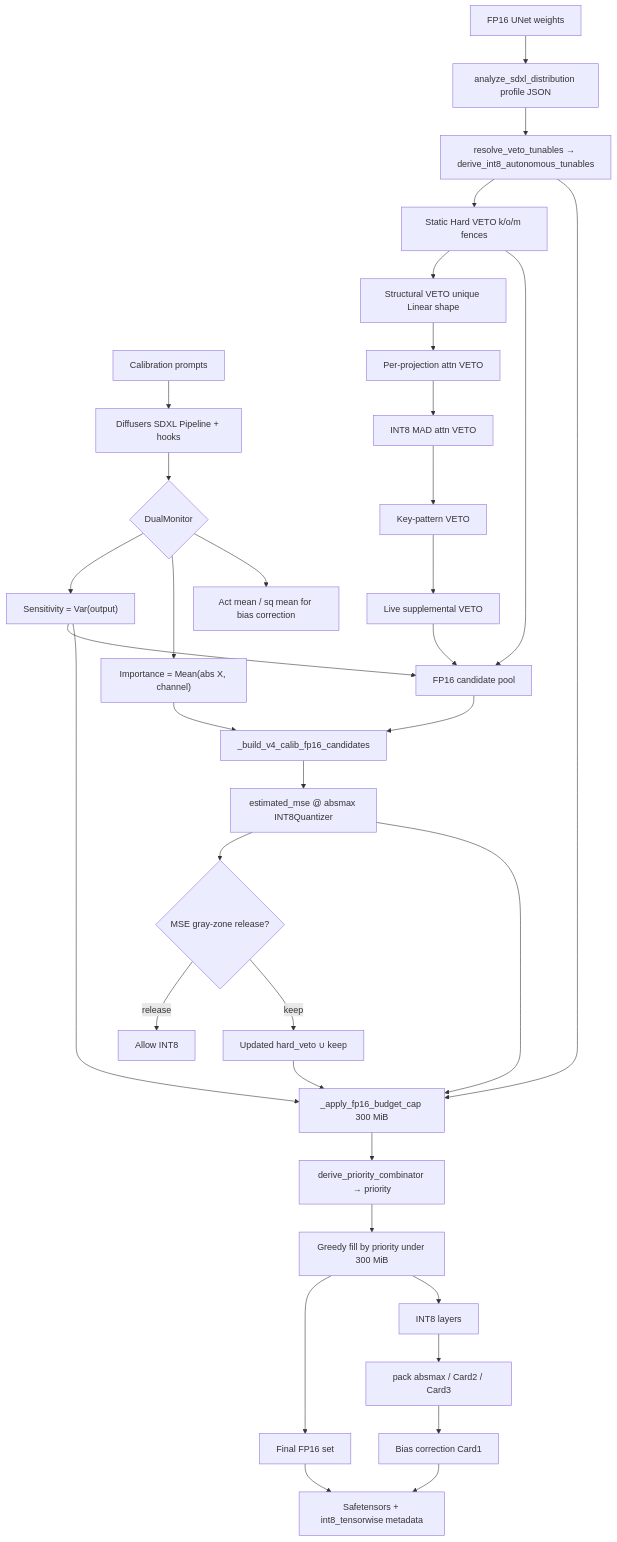
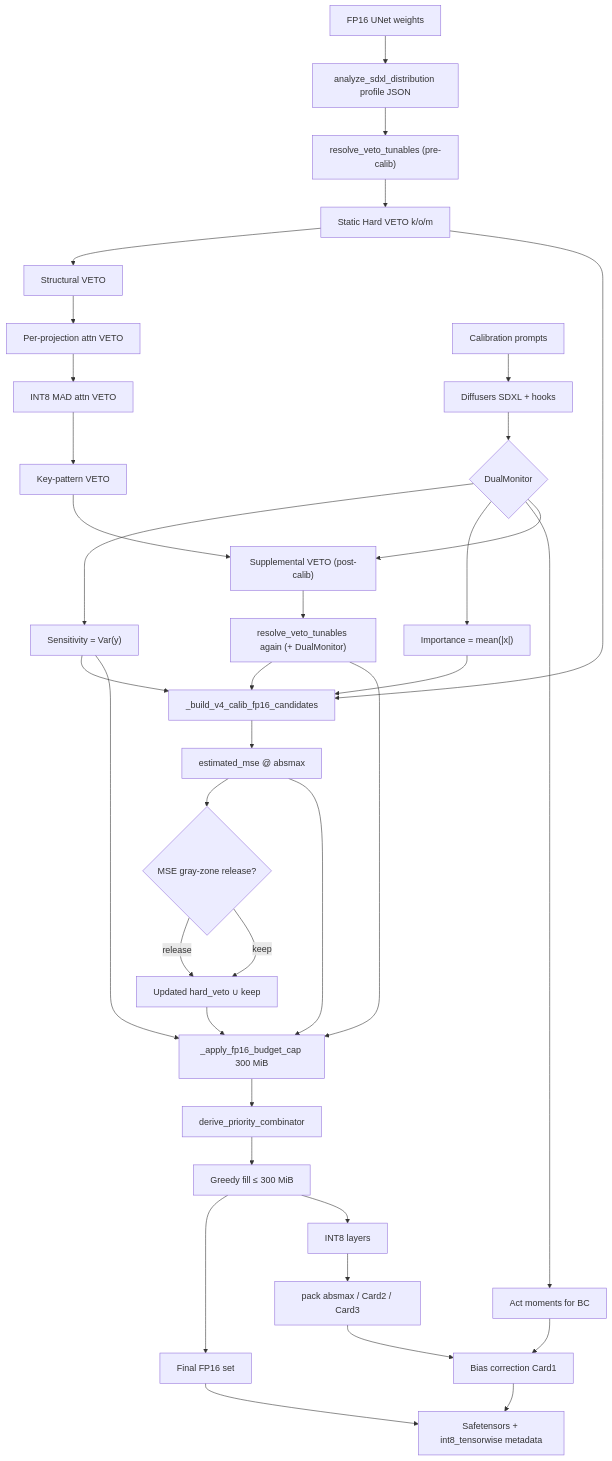
Before and after one commit to ussoewwin/Hybrid-Sensitivity-Weighted-Quantization: the diagram in md/HSWQ_INT8_SDXL_Technical_Guide.md, drawn with Mermaid. The commit also changed other lines of this file, not shown here.

Commit message:
\ docs: correct INT8 SDXL technical guide pipeline vs code\

````diff
--- a/md/HSWQ_INT8_SDXL_Technical_Guide.md
+++ b/md/HSWQ_INT8_SDXL_Technical_Guide.md
@@ -54,42 +54,42 @@
 ```mermaid
 graph TD
-    A["Calibration prompts"] --> B["Diffusers SDXL Pipeline + hooks"]
-    B --> C{"DualMonitor"}
-    C --> C1["Sensitivity = Var(output)"]
-    C --> C2["Importance = Mean(abs X, channel)"]
-    C --> C3["Act mean / sq mean for bias correction"]
-
     W["FP16 UNet weights"] --> P["analyze_sdxl_distribution profile JSON"]
-    P --> T["resolve_veto_tunables → derive_int8_autonomous_tunables"]
-    T --> HV["Static Hard VETO k/o/m fences"]
-    HV --> S1["Structural VETO unique Linear shape"]
+    P --> T0["resolve_veto_tunables (pre-calib)"]
+    T0 --> HV["Static Hard VETO k/o/m"]
+    HV --> S1["Structural VETO"]
     S1 --> S2["Per-projection attn VETO"]
     S2 --> S3["INT8 MAD attn VETO"]
     S3 --> S4["Key-pattern VETO"]
-    S4 --> S5["Live supplemental VETO"]
 
-    C1 --> Pool["FP16 candidate pool"]
-    HV --> Pool
-    S5 --> Pool
+    A["Calibration prompts"] --> B["Diffusers SDXL + hooks"]
+    B --> C{"DualMonitor"}
+    C --> C1["Sensitivity = Var(y)"]
+    C --> C2["Importance = mean(|x|)"]
+    C --> C3["Act moments for BC"]
 
-    Pool --> V4["_build_v4_calib_fp16_candidates"]
+    S4 --> S5["Supplemental VETO (post-calib)"]
+    C --> S5
+    S5 --> T1["resolve_veto_tunables again (+ DualMonitor)"]
+    T1 --> V4["_build_v4_calib_fp16_candidates"]
+    C1 --> V4
     C2 --> V4
-    V4 --> MSE["estimated_mse @ absmax INT8Quantizer"]
+    HV --> V4
+    V4 --> MSE["estimated_mse @ absmax"]
     MSE --> GZ{"MSE gray-zone release?"}
-    GZ -- release --> INT8cand["Allow INT8"]
-    GZ -- keep --> Pool2["Updated hard_veto ∪ keep"]
+    GZ -- release --> Pool2["Updated hard_veto ∪ keep"]
+    GZ -- keep --> Pool2
 
     Pool2 --> Cap["_apply_fp16_budget_cap 300 MiB"]
     C1 --> Cap
     MSE --> Cap
-    T --> Cap
-    Cap --> Prio["derive_priority_combinator → priority"]
-    Prio --> Fill["Greedy fill by priority under 300 MiB"]
-
+    T1 --> Cap
+    Cap --> Prio["derive_priority_combinator"]
+    Prio --> Fill["Greedy fill ≤ 300 MiB"]
     Fill --> KFP16["Final FP16 set"]
     Fill --> Q["INT8 layers"]
     Q --> Pack["pack absmax / Card2 / Card3"]
     Pack --> BC["Bias correction Card1"]
+    C3 --> BC
     KFP16 --> Save["Safetensors + int8_tensorwise metadata"]
     BC --> Save
 ```
````
